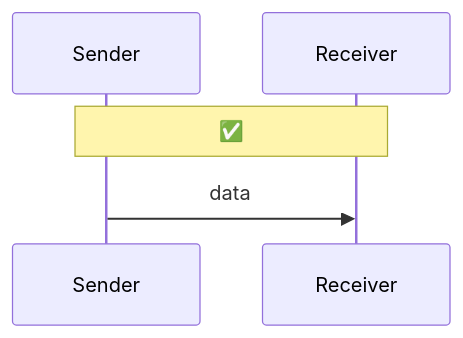
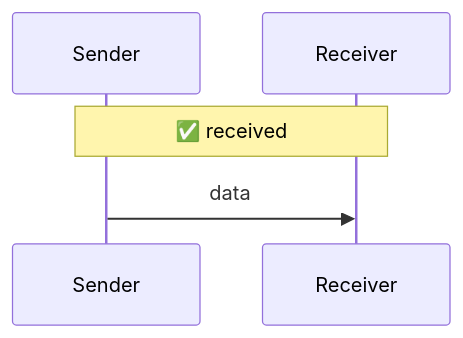
One commit to wdyjwdy/notes changed the second of 7 diagrams in network/tcp.md. Above: the diagram before and after it, drawn with Mermaid. The commit also changed other lines of this file, not shown here.

````diff
--- a/network/tcp.md
+++ b/network/tcp.md
@@ -64,8 +67,8 @@
 ```mermaid
 sequenceDiagram
   participant S as Sender
   participant R as Receiver
 
-  Note over S, R: ✅
+  Note over S, R: ✅ received
   S ->> R: data
 ```
````
